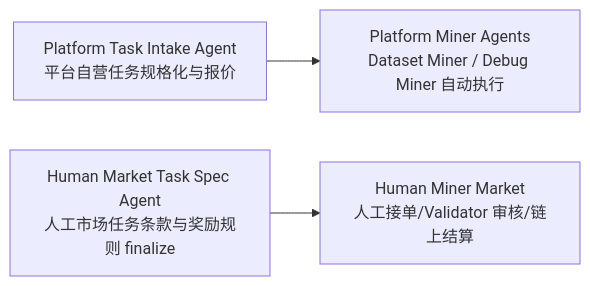
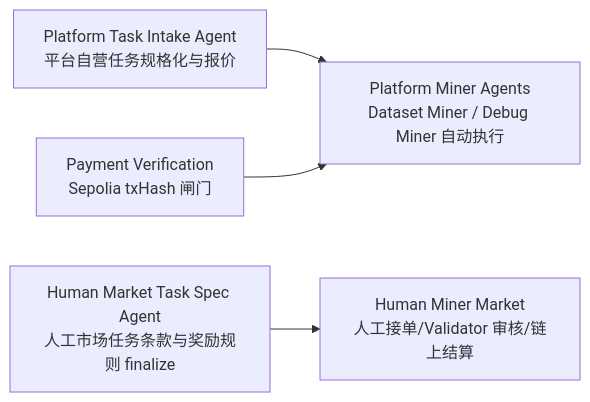
Diagram 17 of 17 in aurora-agent-core/docs/agent-flow-diagrams.zh.md (ixxxMrAnderson/bountyland), drawn with Mermaid before and after one commit. The commit also changed other lines of this file and 6 other files, not shown here.

````diff
--- a/aurora-agent-core/docs/agent-flow-diagrams.zh.md
+++ b/aurora-agent-core/docs/agent-flow-diagrams.zh.md
@@ -301,5 +413,6 @@
 ```mermaid
 flowchart LR
     A["Platform Task Intake Agent<br/>平台自营任务规格化与报价"] --> B["Platform Miner Agents<br/>Dataset Miner / Debug Miner 自动执行"]
     C["Human Market Task Spec Agent<br/>人工市场任务条款与奖励规则 finalize"] --> D["Human Miner Market<br/>人工接单/Validator 审核/链上结算"]
+    E["Payment Verification<br/>Sepolia txHash 闸门"] --> B
 ```
````
